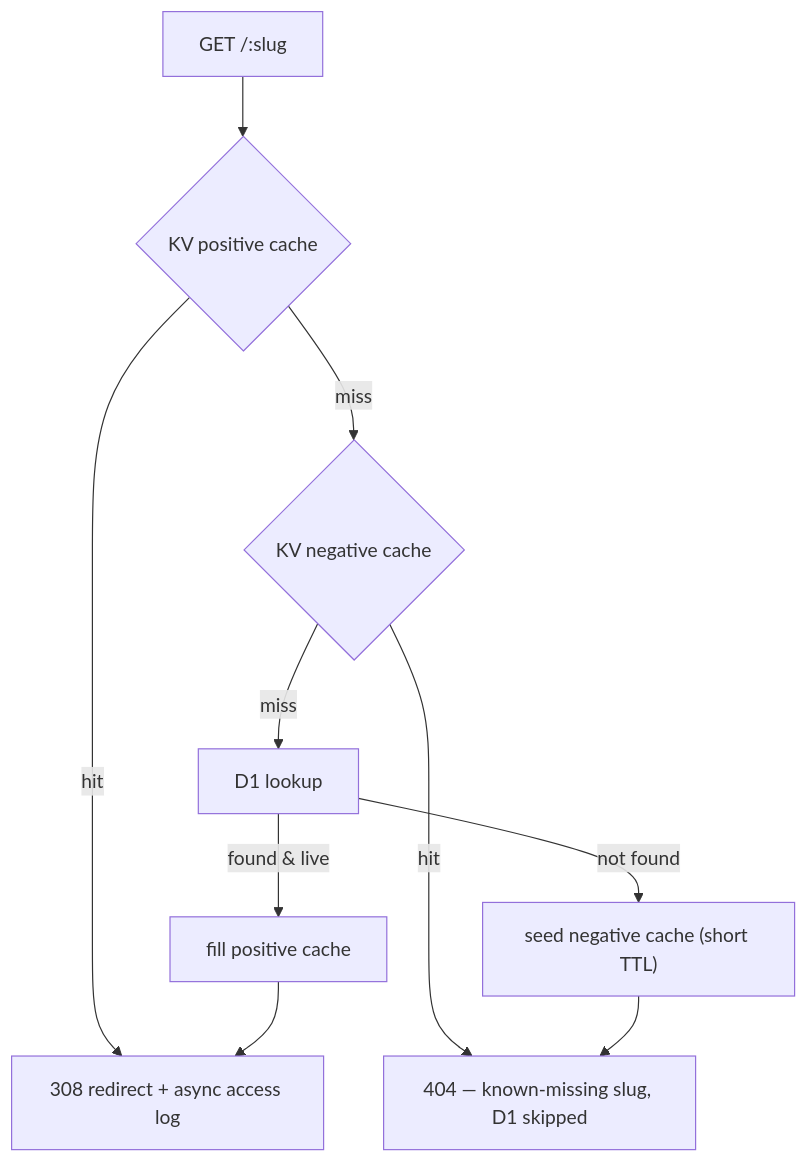
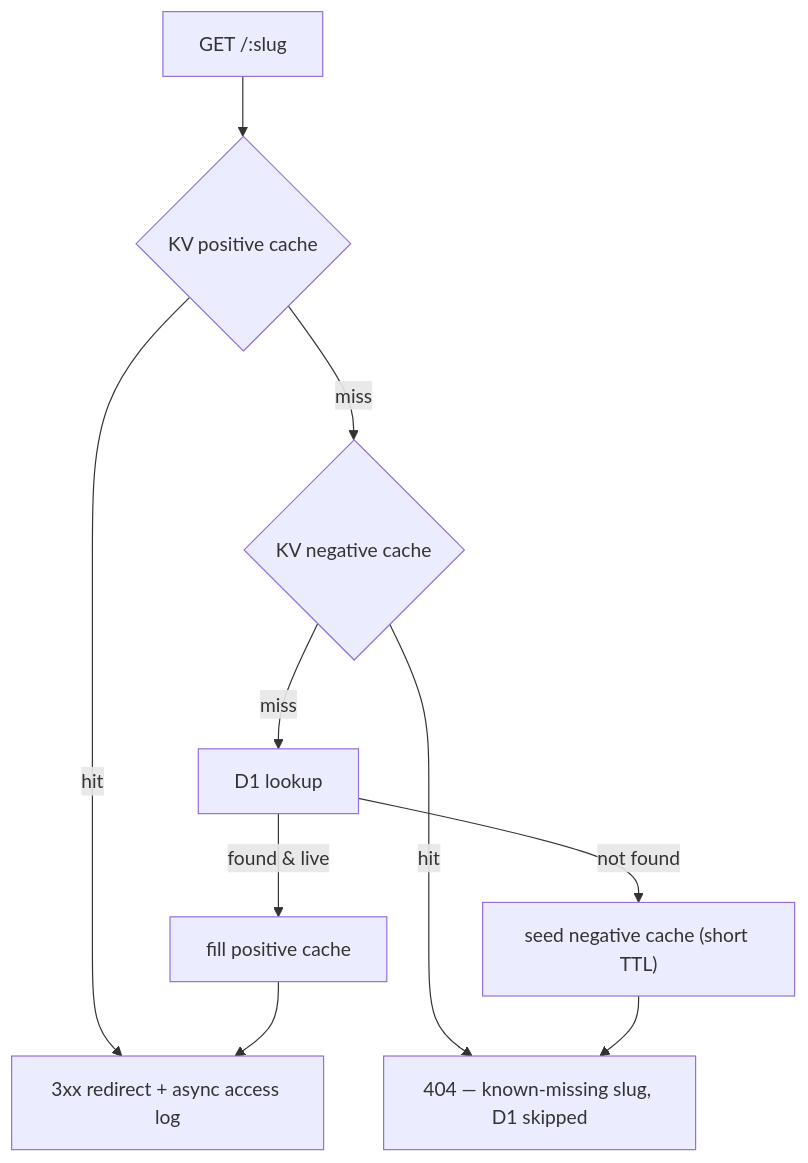
One commit to WuChenDi/projects changed the diagram in apps/flnk/README.md. Above: the diagram before and after it, drawn with Mermaid. The commit also changed other lines of this file and 90 other files, not shown here.

````diff
--- a/apps/flnk/README.md
+++ b/apps/flnk/README.md
@@ -56,12 +97,12 @@
 ```mermaid
 flowchart TD
     A["GET /:slug"] --> B{"KV positive cache"}
-    B -->|hit| R["308 redirect + async access log"]
+    B -->|hit| R["3xx redirect + async access log"]
     B -->|miss| C{"KV negative cache"}
     C -->|hit| N["404 — known-missing slug, D1 skipped"]
     C -->|miss| D["D1 lookup"]
     D -->|"found & live"| E["fill positive cache"]
     E --> R
     D -->|"not found"| F["seed negative cache (short TTL)"]
     F --> N
 ```
````
